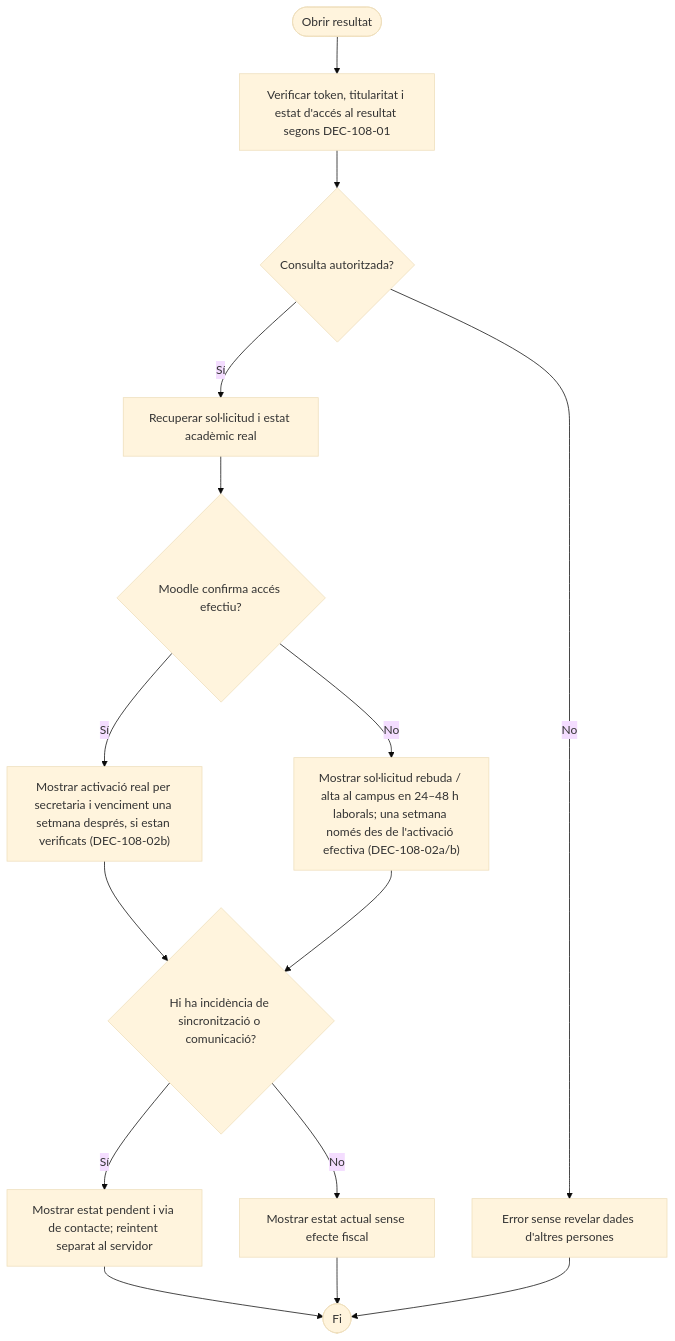
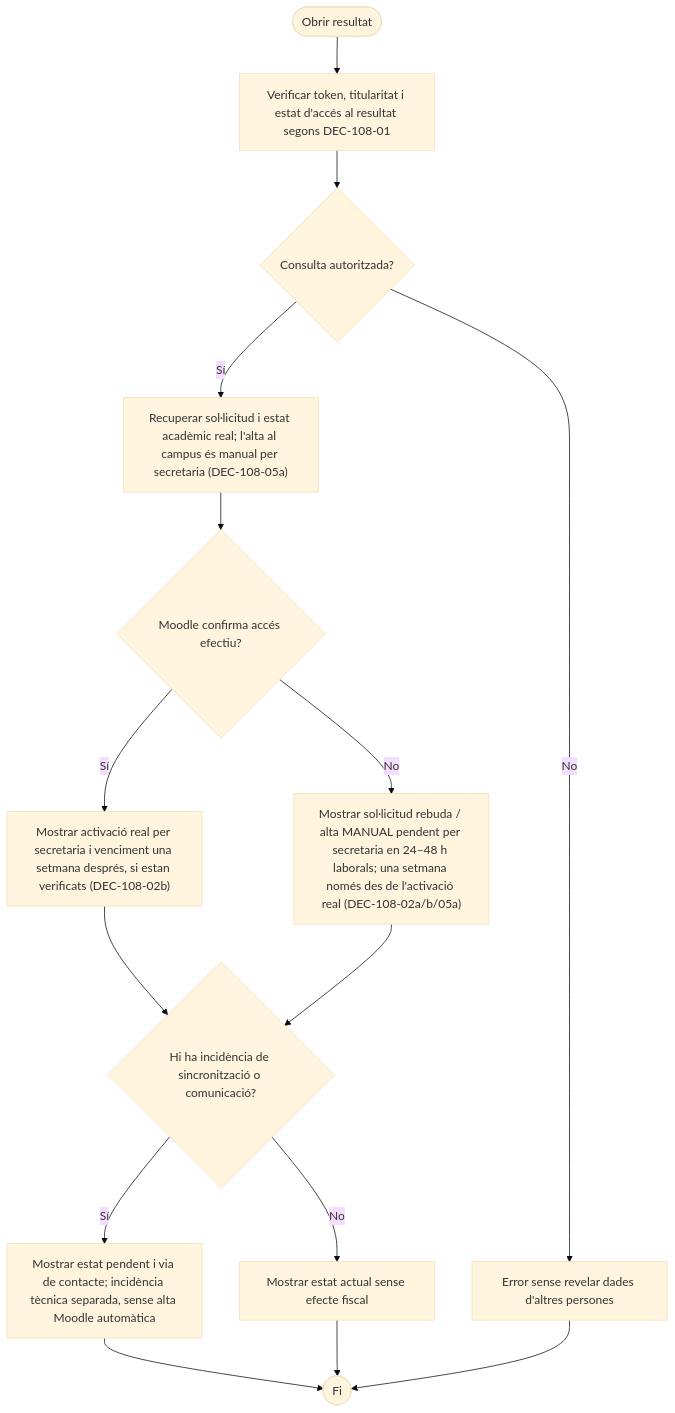
The eighth of 8 diagrams in documentacio/07-uml-integrat/uc-108-vistes-grafiques-activitats-pagines.md (orgmeriemprismacat-del/verifactu), drawn with Mermaid (base theme) before and after one commit. The commit also changed other lines of this file, not shown here.

Commit message:
docs(mermaid uc-108): manual campus enrollment by secretariat; future automation excluded

````diff
--- a/documentacio/07-uml-integrat/uc-108-vistes-grafiques-activitats-pagines.md
+++ b/documentacio/07-uml-integrat/uc-108-vistes-grafiques-activitats-pagines.md
@@ -174,17 +174,17 @@
 ```mermaid
 flowchart TD
   A([Obrir resultat]) --> B["Verificar token, titularitat i estat d'accés al resultat segons DEC-108-01"]
   B --> C{"Consulta autoritzada?"}
   C -->|No| D["Error sense revelar dades d'altres persones"]
-  C -->|Sí| E["Recuperar sol·licitud i estat acadèmic real"]
+  C -->|Sí| E["Recuperar sol·licitud i estat acadèmic real; l'alta al campus és manual per secretaria (DEC-108-05a)"]
   E --> F{"Moodle confirma accés efectiu?"}
   F -->|Sí| G["Mostrar activació real per secretaria i venciment una setmana després, si estan verificats (DEC-108-02b)"]
-  F -->|No| H["Mostrar sol·licitud rebuda / alta al campus en 24–48 h laborals; una setmana només des de l'activació efectiva (DEC-108-02a/b)"]
+  F -->|No| H["Mostrar sol·licitud rebuda / alta MANUAL pendent per secretaria en 24–48 h laborals; una setmana només des de l'activació real (DEC-108-02a/b/05a)"]
   G --> I{"Hi ha incidència de sincronització o comunicació?"}
   H --> I
-  I -->|Sí| J["Mostrar estat pendent i via de contacte; reintent separat al servidor"]
+  I -->|Sí| J["Mostrar estat pendent i via de contacte; incidència tècnica separada, sense alta Moodle automàtica"]
   I -->|No| K["Mostrar estat actual sense efecte fiscal"]
   J --> L([Fi])
   K --> L
   D --> L
 ```
````
